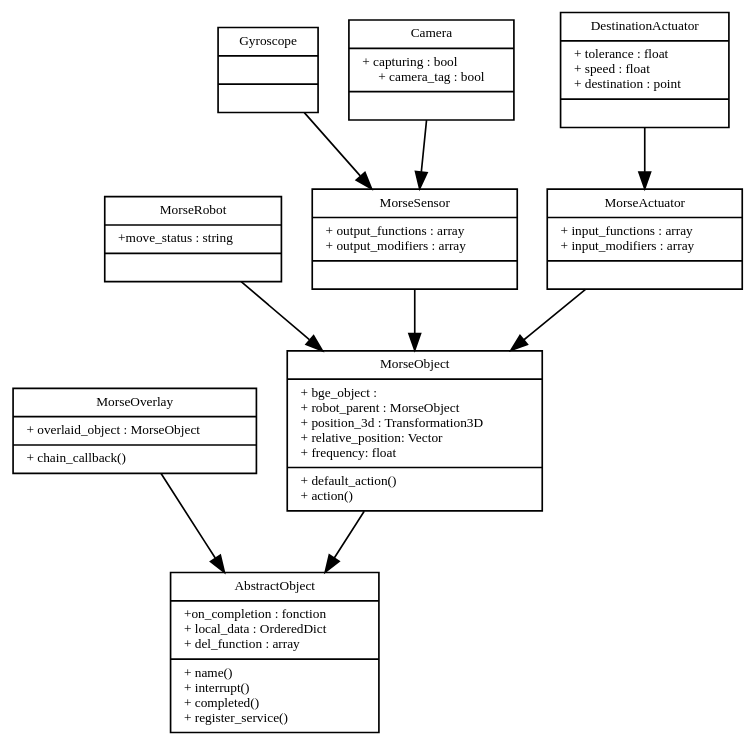
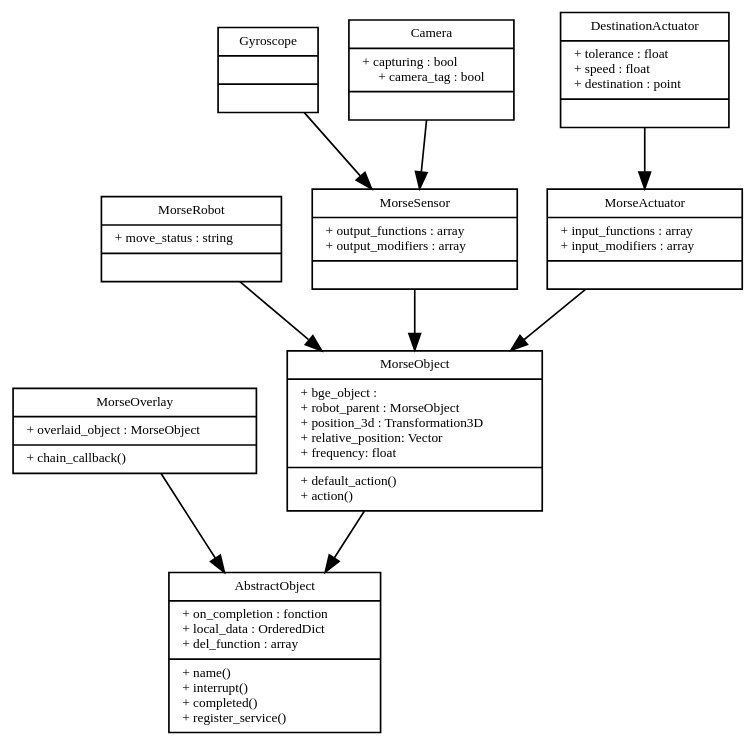
Before and after one commit to morse-simulator/morse: the diagram in doc/morse/dev/morse_uml.dot, drawn with Graphviz. The commit also changed 2 other files, not shown here.

Commit message:
[doc] Rework a bit component_object_model
- Try to add some comment on the uml figure
- Add some missing space in the dot
- Do not forget to regenerate it with dot -Tpng

```diff
--- a/doc/morse/dev/morse_uml.dot
+++ b/doc/morse/dev/morse_uml.dot
@@ -1,64 +1,64 @@
 digraph G {
 	fontname = "Bitstream Vera Sans"
 	fontsize = 8
 	bgcolor="transparent"
 					    
 	node [
 		fontname = "Bitstream Vera Sans"
 		fontsize = 8
 		shape = "record"
 		fillcolor="white"
 		style="filled"
 	]
 
 	edge [
 		fontname = "Bitstream Vera Sans"
 		fontsize = 8
 		color="black"
 	]
 
 	AbstractObject [
-		label = "{AbstractObject |+on_completion : fonction\l+ local_data : OrderedDict\l+ del_function : array\l|+ name()\l+ interrupt()\l+ completed()\l+ register_service()\l }"
+		label = "{AbstractObject |+ on_completion : fonction\l+ local_data : OrderedDict\l+ del_function : array\l|+ name()\l+ interrupt()\l+ completed()\l+ register_service()\l }"
 	]
 
 	MorseOverlay [
 		label = "{MorseOverlay | + overlaid_object : MorseObject\l| + chain_callback()\l}"
 	]
 
 	MorseObject [
 		label = "{MorseObject | + bge_object :\l+ robot_parent : MorseObject\l+ position_3d : Transformation3D\l+ relative_position: Vector\l+ frequency: float\l|+ default_action()\l+ action()\l }"
 	]
 
 	MorseRobot [
-		label = "{MorseRobot | +move_status : string\l| }"
+		label = "{MorseRobot | + move_status : string\l| }"
 	]
 
 	MorseSensor [
 		label = "{MorseSensor | + output_functions : array\l+ output_modifiers : array\l |}"
 	]
 
 	MorseActuator [
 		label = "{MorseActuator | + input_functions : array\l+ input_modifiers : array\l |}"
 	]
 
 	Gyroscope [
 		label = "{Gyroscope || }"
 	]
 
 	Camera [
 		label = "{Camera |+ capturing : bool\l+ camera_tag : bool | }"
 	]
 
 	DestinationActuator [
 		label = "{DestinationActuator | + tolerance : float\l+ speed : float\l+ destination : point\l | }"
 	]
 
 	MorseObject -> AbstractObject
 	MorseOverlay -> AbstractObject
 	MorseRobot -> MorseObject
 	MorseSensor -> MorseObject
 	MorseActuator -> MorseObject
 	Gyroscope -> MorseSensor
 	Camera -> MorseSensor
 	DestinationActuator -> MorseActuator
 }
```
